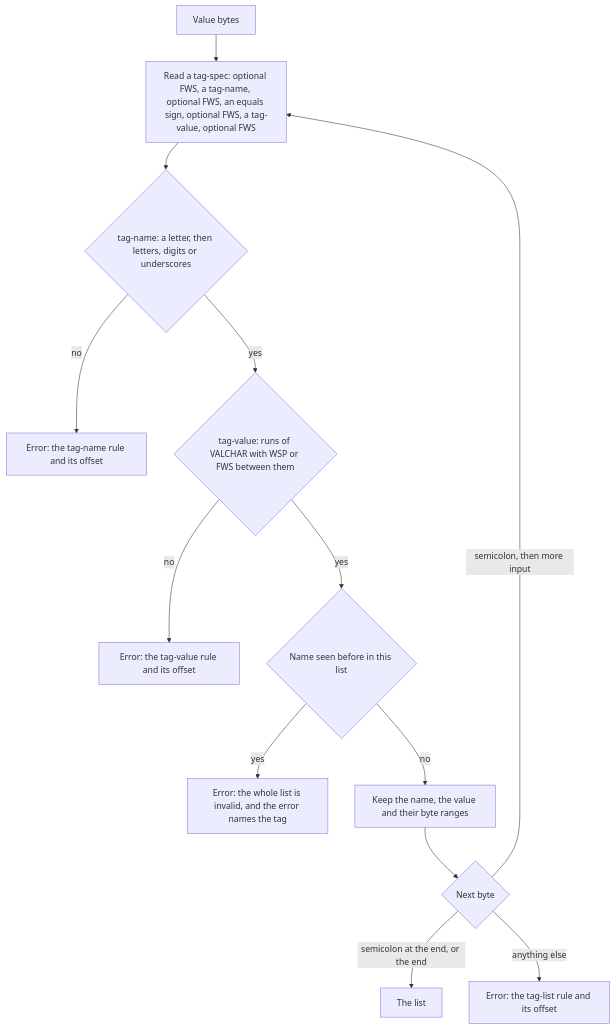
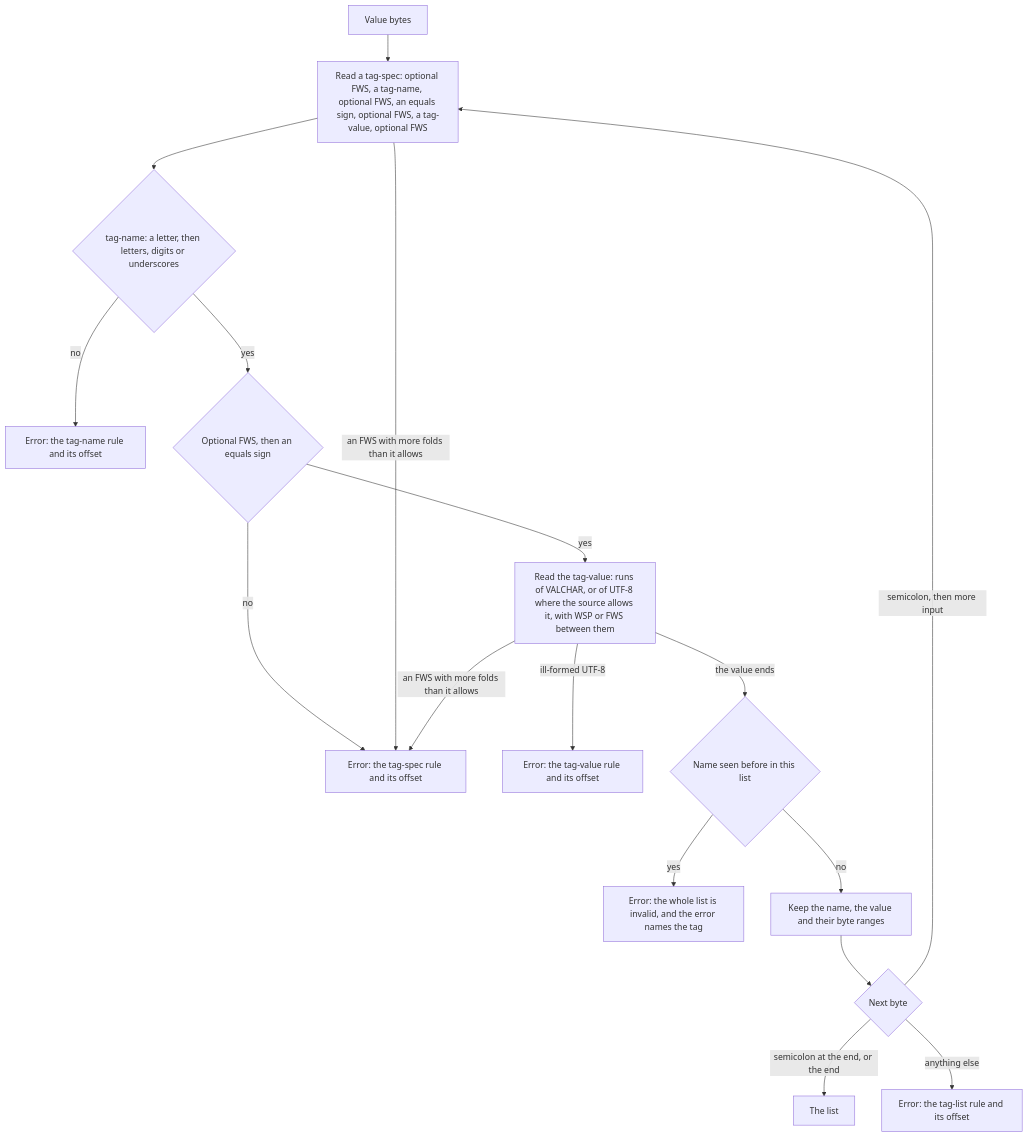
One commit to photom/hallmark changed the diagram in docs/reference/design/tag-lists.md. Above: the diagram before and after it, drawn with Mermaid. The commit also changed other lines of this file and 3 other files, not shown here.

First line of the commit message:
Parse tag=value lists (#34)

````diff
--- a/docs/reference/design/tag-lists.md
+++ b/docs/reference/design/tag-lists.md
@@ -29,15 +29,19 @@
 ```mermaid
 flowchart TD
     start["Value bytes"] --> spec["Read a tag-spec: optional FWS, a tag-name, optional FWS, an equals sign, optional FWS, a tag-value, optional FWS"]
     spec --> name{"tag-name: a letter, then letters, digits or underscores"}
     name -->|"no"| bad["Error: the tag-name rule and its offset"]
-    name -->|"yes"| value{"tag-value: runs of VALCHAR with WSP or FWS between them"}
-    value -->|"no"| badv["Error: the tag-value rule and its offset"]
-    value -->|"yes"| dup{"Name seen before in this list"}
+    name -->|"yes"| equals{"Optional FWS, then an equals sign"}
+    equals -->|"no"| bads["Error: the tag-spec rule and its offset"]
+    spec -->|"an FWS with more folds than it allows"| bads
+    equals -->|"yes"| value["Read the tag-value: runs of VALCHAR, or of UTF-8 where the source allows it, with WSP or FWS between them"]
+    value -->|"an FWS with more folds than it allows"| bads
+    value -->|"ill-formed UTF-8"| badv["Error: the tag-value rule and its offset"]
+    value -->|"the value ends"| dup{"Name seen before in this list"}
     dup -->|"yes"| badd["Error: the whole list is invalid, and the error names the tag"]
     dup -->|"no"| keep["Keep the name, the value and their byte ranges"]
     keep --> next{"Next byte"}
     next -->|"semicolon, then more input"| spec
     next -->|"semicolon at the end, or the end"| done["The list"]
     next -->|"anything else"| badt["Error: the tag-list rule and its offset"]
 ```
````
